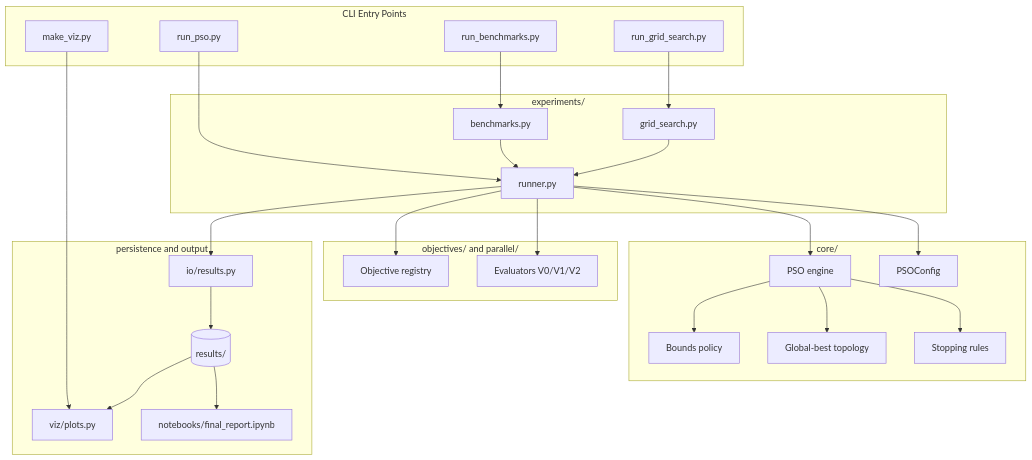
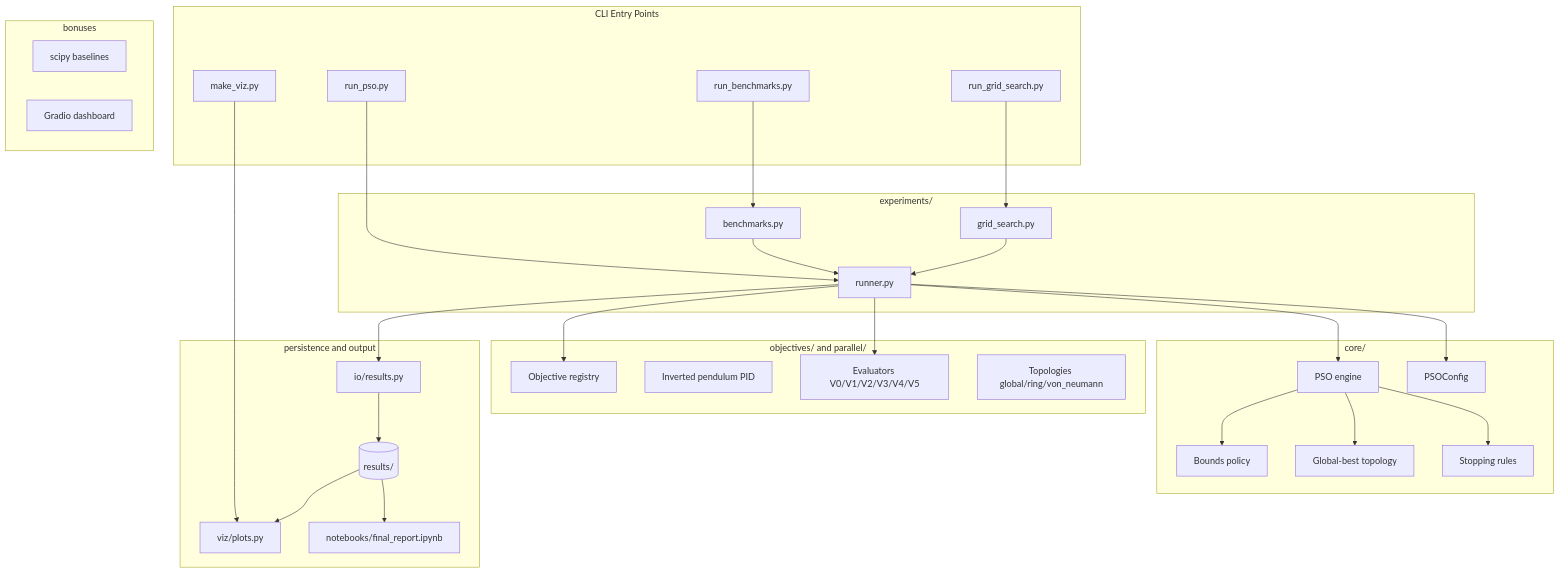
Before and after one commit to Lscotti-uni/PSO-python: the diagram in README.md, drawn with Mermaid. The commit also changed other lines of this file and 31 other files, not shown here.

First line of the commit message:
Add V3-V5 evaluators, topologies, pendulum use case, and SciPy baselines

````diff
--- a/README.md
+++ b/README.md
@@ -46,57 +50,64 @@
 ```mermaid
 flowchart TD
     subgraph EntryPoints[CLI Entry Points]
         RP[run_pso.py]
         RB[run_benchmarks.py]
         RG[run_grid_search.py]
         MV[make_viz.py]
     end
 
     subgraph Experiments[experiments/]
         Runner[runner.py]
         Bench[benchmarks.py]
         Grid[grid_search.py]
     end
 
     subgraph Core[core/]
         PSO[PSO engine]
         Bounds[Bounds policy]
         Topology[Global-best topology]
         Stop[Stopping rules]
         Config[PSOConfig]
     end
 
     subgraph Domain[objectives/ and parallel/]
         Objectives[Objective registry]
-        Eval[Evaluators V0/V1/V2]
+        UseCase[Inverted pendulum PID]
+        Eval[Evaluators V0/V1/V2/V3/V4/V5]
+        Topo[Topologies global/ring/von_neumann]
+    end
+
+    subgraph Extras[bonuses]
+        Baselines[scipy baselines]
+        Dashboard[Gradio dashboard]
     end
 
     subgraph Persistence[persistence and output]
         IO[io/results.py]
         Results[(results/)]
         Viz[viz/plots.py]
         Report[notebooks/final_report.ipynb]
     end
 
     RP --> Runner
     RB --> Bench
     RG --> Grid
     MV --> Viz
 
     Bench --> Runner
     Grid --> Runner
 
     Runner --> Config
     Runner --> PSO
     Runner --> Objectives
     Runner --> Eval
     Runner --> IO
 
     PSO --> Bounds
     PSO --> Topology
     PSO --> Stop
 
     IO --> Results
     Results --> Viz
     Results --> Report
 ```
````
